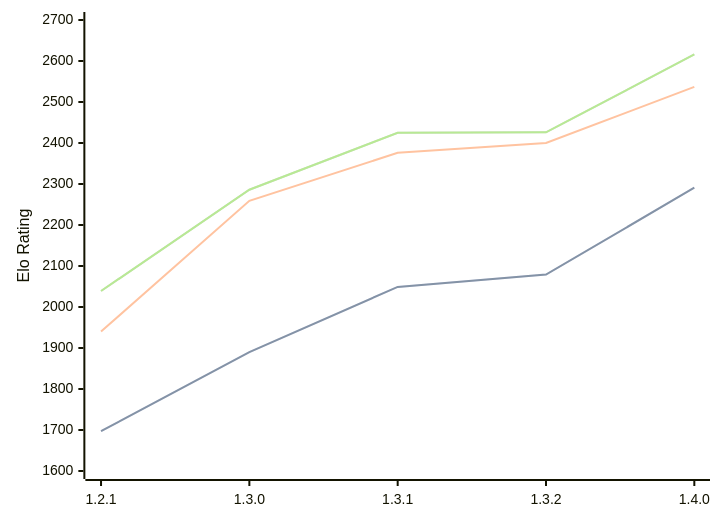
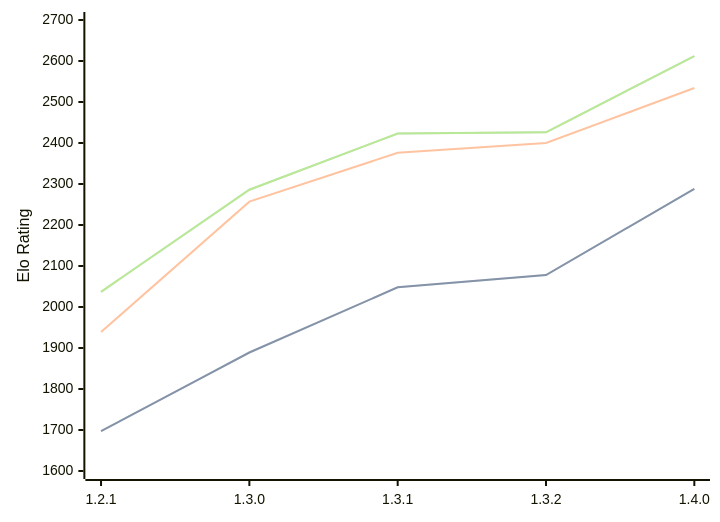
Before and after one commit to computer-chess-index/cci: the diagram in engines/Chal.md, drawn with Mermaid. The commit also changed other lines of this file, not shown here.

Commit message:
Update CCI Ratings (ELO VLTC) - 2026-04-16

````diff
--- a/engines/Chal.md
+++ b/engines/Chal.md
@@ -38,11 +38,11 @@
 ```mermaid
 %%{init: {"theme":"base","themeVariables":{"seriesColors:['#a3a3a3','#222221','#faa371']}}}%%
 xychart-beta
   x-axis ["1.2.1", "1.3.0", "1.3.1", "1.3.2", "1.4.0"]
   y-axis "Elo Rating" 1600 --> 2700
-  line "STC (8.0+0.08s)" [1697, 1890, 2049, 2079, 2291]
-  line "STC (8.0+0.08s)" [1697, 1890, 2049, 2079, 2291]
-  line "LTC (60.0+0.60s)" [1940, 2259, 2376, 2400, 2537]
-  line "VLTC (2m24s+1.12s)" [2039, 2286, 2425, 2426, 2616]
-  line "VLTC (2m24s+1.12s)" [2039, 2286, 2425, 2426, 2616]
+  line "STC (8.0+0.08s)" [1697, 1889, 2048, 2078, 2288]
+  line "STC (8.0+0.08s)" [1697, 1889, 2048, 2078, 2288]
+  line "LTC (60.0+0.60s)" [1939, 2257, 2376, 2400, 2534]
+  line "VLTC (2m24s+1.12s)" [2037, 2286, 2423, 2426, 2612]
+  line "VLTC (2m24s+1.12s)" [2037, 2286, 2423, 2426, 2612]
 ```
````
